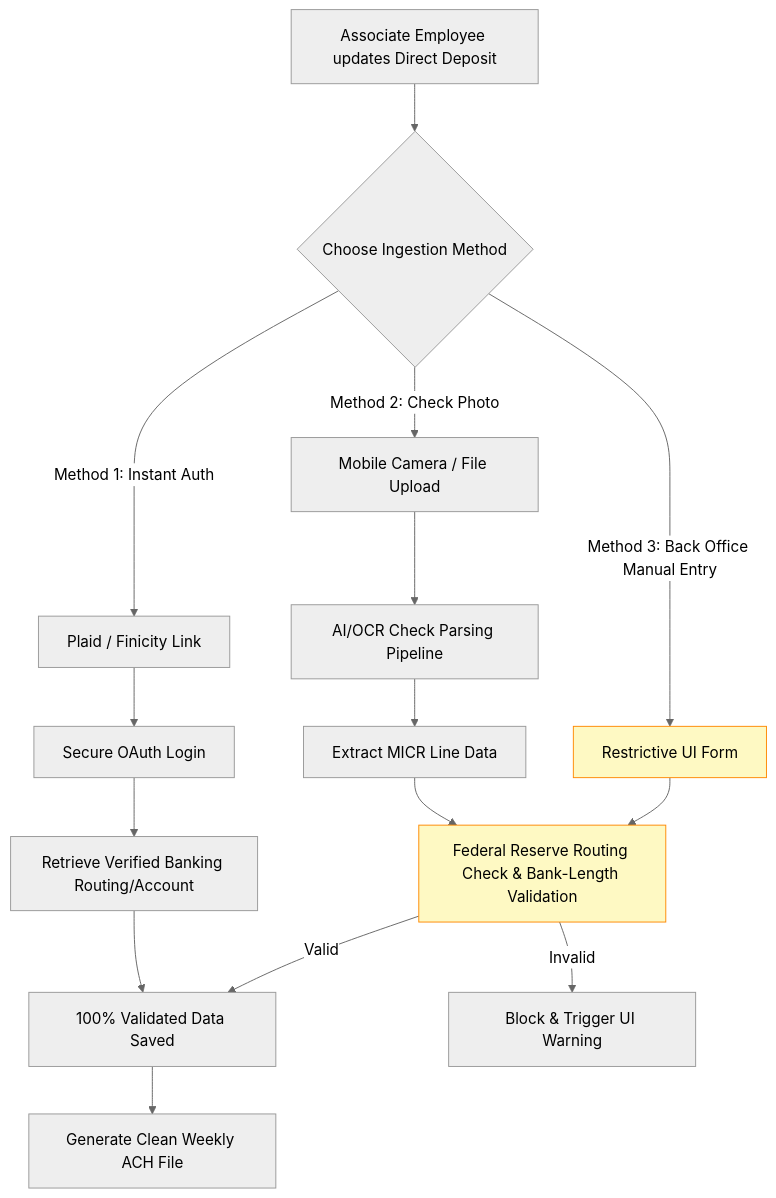
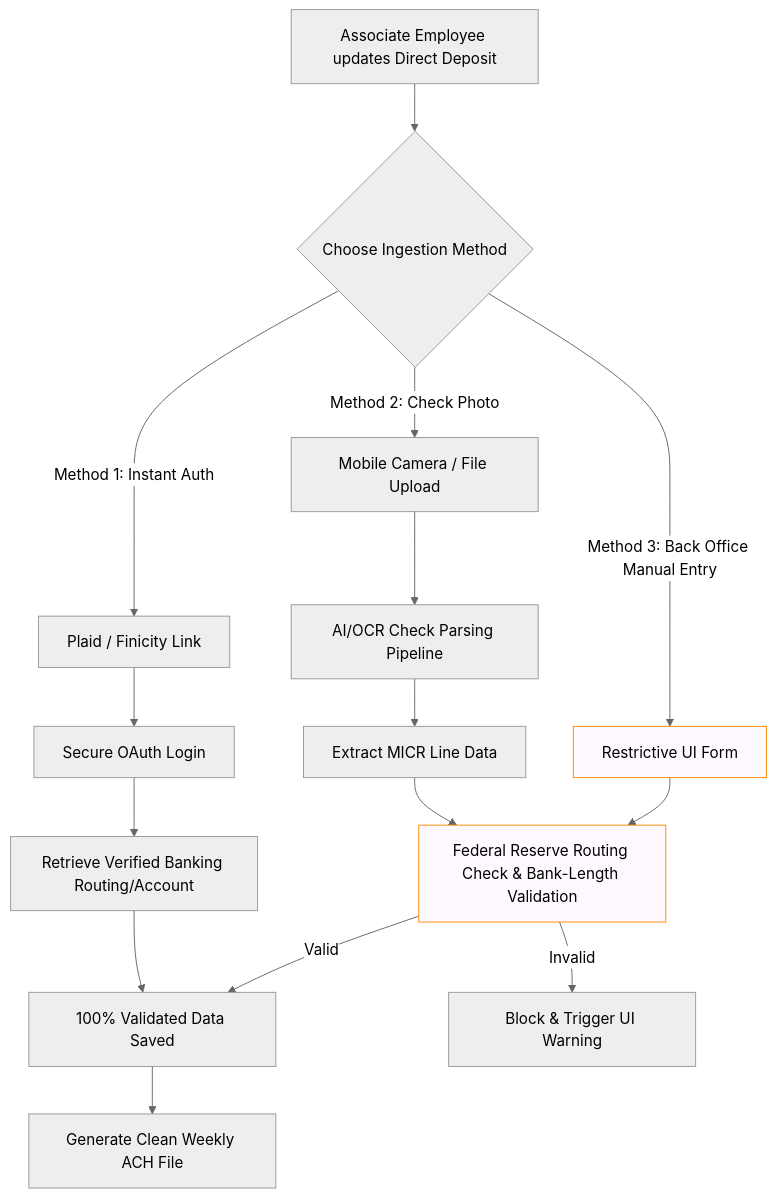
The diagram in reducingItDown.md (rcpsolutions-net/markdown-docs), drawn with Mermaid (neutral theme) before and after one commit.

Commit message:
Change highlight color in reducingItDown.md

````diff
--- a/reducingItDown.md
+++ b/reducingItDown.md
@@ -19,24 +19,24 @@
 ```mermaid
 graph TD
     A[Associate Employee updates Direct Deposit] --> B{Choose Ingestion Method}
     
     B -- Method 1: Instant Auth --> C[Plaid / Finicity Link]
     C --> D[Secure OAuth Login]
     D --> E[Retrieve Verified Banking Routing/Account]
     
     B -- Method 2: Check Photo --> F[Mobile Camera / File Upload]
     F --> G[AI/OCR Check Parsing Pipeline]
     G --> H[Extract MICR Line Data]
 
-    classDef highlight fill:#fef9c3,stroke:#fe8a04
+    classDef highlight fill:#fef9ff,stroke:#fe8a04
     B -- Method 3: Back Office Manual Entry --> I[Restrictive UI Form]:::highlight
     H --> J[Federal Reserve Routing Check & Bank-Length Validation]:::highlight
     I --> J
     E --> K[100% Validated Data Saved]
     
     J -- Valid --> K
     J -- Invalid --> X[Block & Trigger UI Warning]
     
     K --> L[Generate Clean Weekly ACH File]
 
 ```
````
